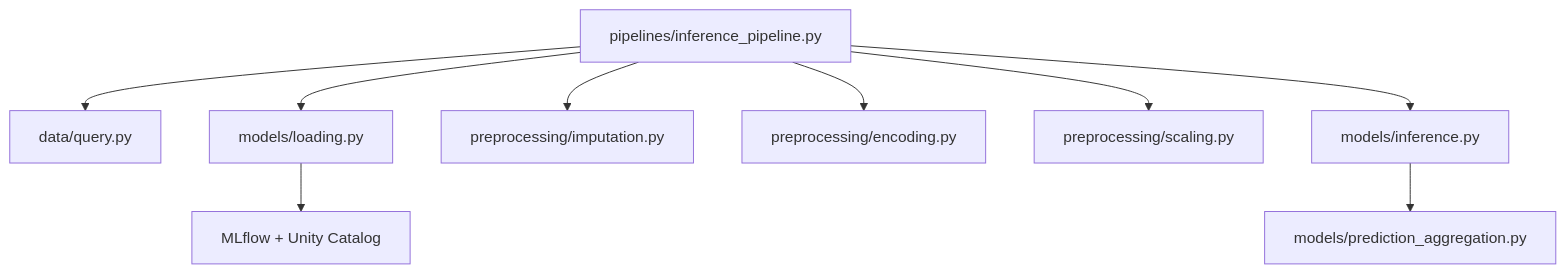
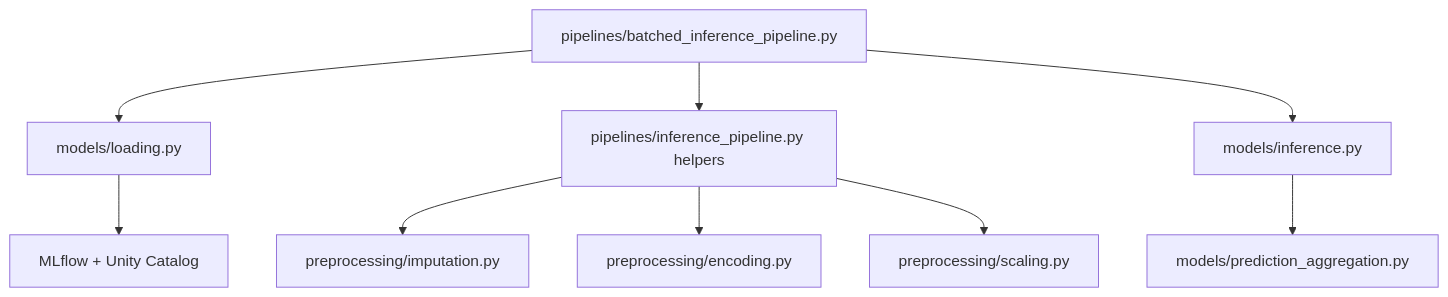
Before and after one commit to taymaz-gh/finance-timeseries-ml-platform: the second of 2 diagrams in docs/model_inference_pipeline.md, drawn with Mermaid. The commit also changed other lines of this file and 16 other files, not shown here.

````diff
--- a/docs/model_inference_pipeline.md
+++ b/docs/model_inference_pipeline.md
@@ -26,11 +28,11 @@
 ```mermaid
 flowchart TD
-    P[pipelines/inference_pipeline.py] --> Q[data/query.py]
-    P --> L[models/loading.py]
-    P --> M[preprocessing/imputation.py]
-    P --> N[preprocessing/encoding.py]
-    P --> S[preprocessing/scaling.py]
-    P --> I[models/inference.py]
-    I --> AG[models/prediction_aggregation.py]
-    L --> UC[MLflow + Unity Catalog]
+    B["pipelines/batched_inference_pipeline.py"] --> L["models/loading.py"]
+    B --> I["pipelines/inference_pipeline.py helpers"]
+    I --> IMP["preprocessing/imputation.py"]
+    I --> ENC["preprocessing/encoding.py"]
+    I --> SCL["preprocessing/scaling.py"]
+    B --> P["models/inference.py"]
+    P --> AG["models/prediction_aggregation.py"]
+    L --> UC["MLflow + Unity Catalog"]
 ```
````
